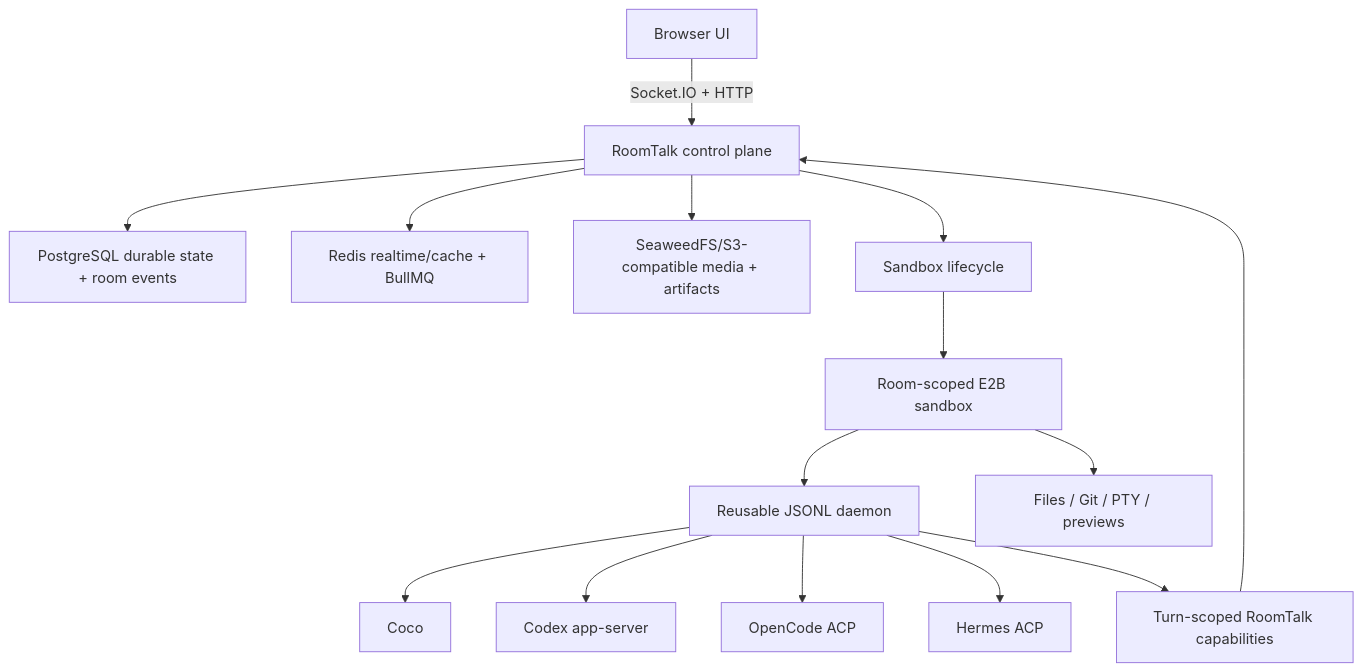
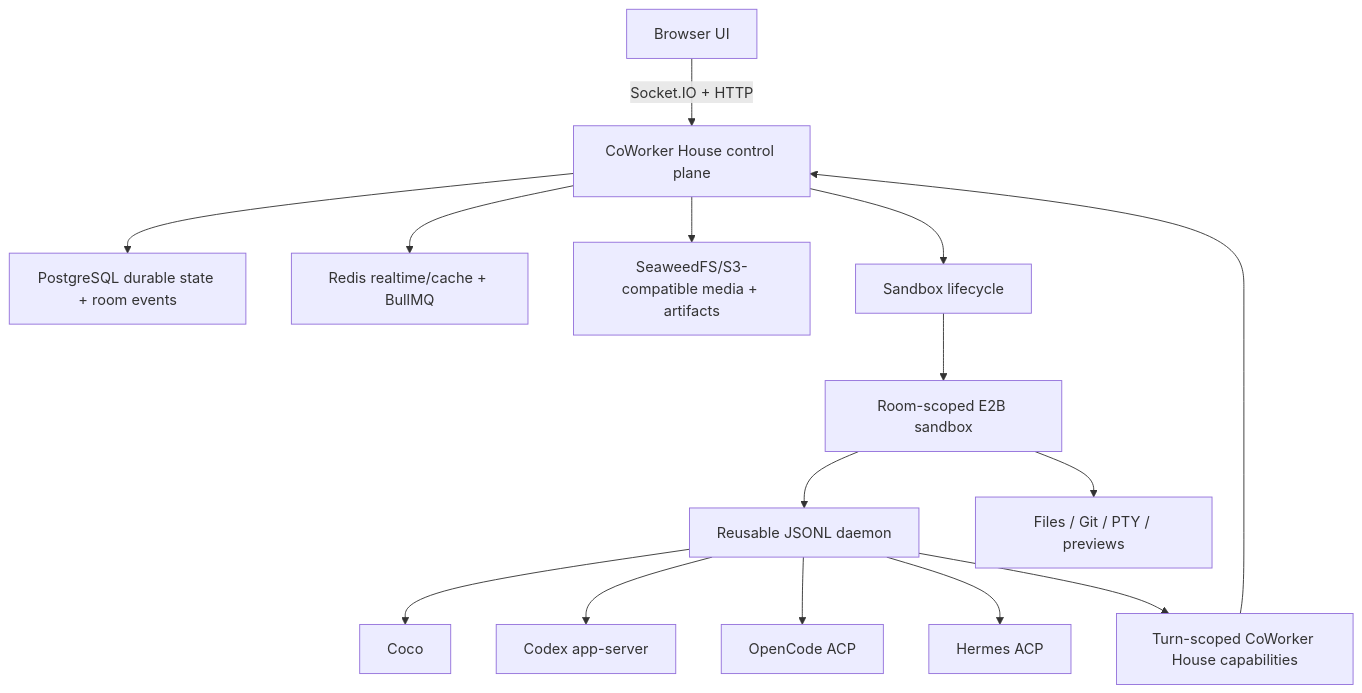
Before and after one commit to auroradou0816/coworker-house: the diagram in docs/code-agent-runtime-architecture.zh.md, drawn with Mermaid. The commit also changed other lines of this file and 44 other files, not shown here.

````diff
--- a/docs/code-agent-runtime-architecture.zh.md
+++ b/docs/code-agent-runtime-architecture.zh.md
@@ -29,17 +31,17 @@
 ```mermaid
 flowchart TB
-  UI["Browser UI"] -->|"Socket.IO + HTTP"| Node["RoomTalk control plane"]
+  UI["Browser UI"] -->|"Socket.IO + HTTP"| Node["CoWorker House control plane"]
   Node --> Durable["PostgreSQL durable state + room events"]
   Node --> Redis["Redis realtime/cache + BullMQ"]
   Node --> Objects["SeaweedFS/S3-compatible media + artifacts"]
   Node --> Lifecycle["Sandbox lifecycle"]
   Lifecycle --> E2B["Room-scoped E2B sandbox"]
   E2B --> Daemon["Reusable JSONL daemon"]
   Daemon --> Coco["Coco"]
   Daemon --> Codex["Codex app-server"]
   Daemon --> OpenCode["OpenCode ACP"]
   Daemon --> Hermes["Hermes ACP"]
   E2B --> Workspace["Files / Git / PTY / previews"]
-  Daemon --> Broker["Turn-scoped RoomTalk capabilities"]
+  Daemon --> Broker["Turn-scoped CoWorker House capabilities"]
   Broker --> Node
 ```
````
